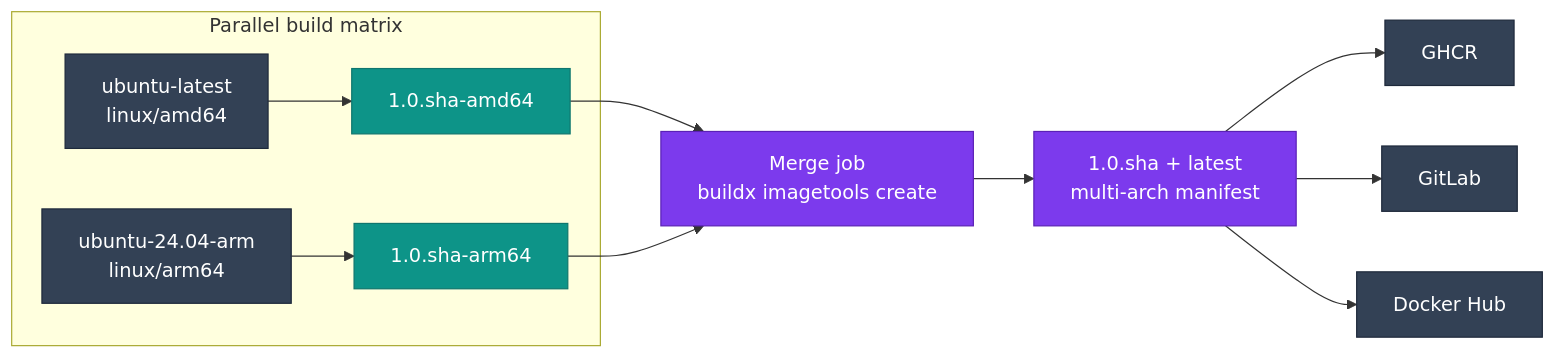
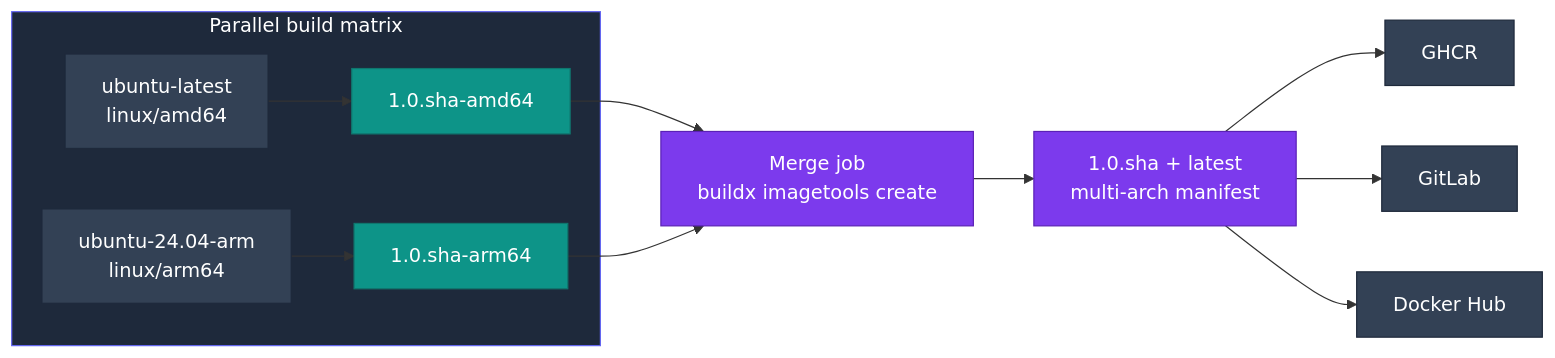
Before and after one commit to jinalshah/devops-images: the diagram in docs/build-images/multi-platform-images.md, drawn with Mermaid. The commit also changed 6 other files, not shown here.

First line of the commit message:
Finish docs accuracy and visual pass; make diagrams readable

````diff
--- a/docs/build-images/multi-platform-images.md
+++ b/docs/build-images/multi-platform-images.md
@@ -13,21 +13,22 @@
 ```mermaid
 flowchart LR
   subgraph matrix["Parallel build matrix"]
     X["ubuntu-latest<br/>linux/amd64"] --> XT["1.0.sha-amd64"]
     Y["ubuntu-24.04-arm<br/>linux/arm64"] --> YT["1.0.sha-arm64"]
   end
   XT --> M["Merge job<br/>buildx imagetools create"]
   YT --> M
   M --> T["1.0.sha + latest<br/>multi-arch manifest"]
   T --> R1["GHCR"]
   T --> R2["GitLab"]
   T --> R3["Docker Hub"]
 
   classDef neutral fill:#334155,stroke:#1e293b,color:#fff
   classDef base fill:#0d9488,stroke:#0f766e,color:#fff
   classDef all fill:#7c3aed,stroke:#5b21b6,color:#fff
   class X,Y neutral
   class XT,YT base
   class M,T all
   class R1,R2,R3 neutral
+  style matrix fill:#1e293b,stroke:#6366f1,color:#fff
 ```
````
